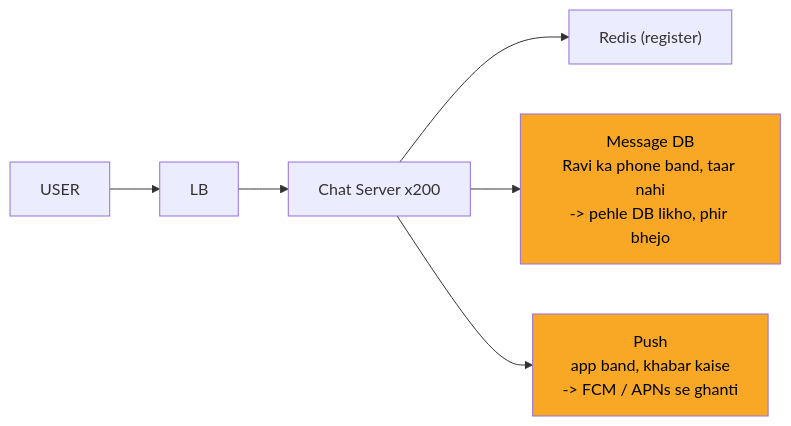
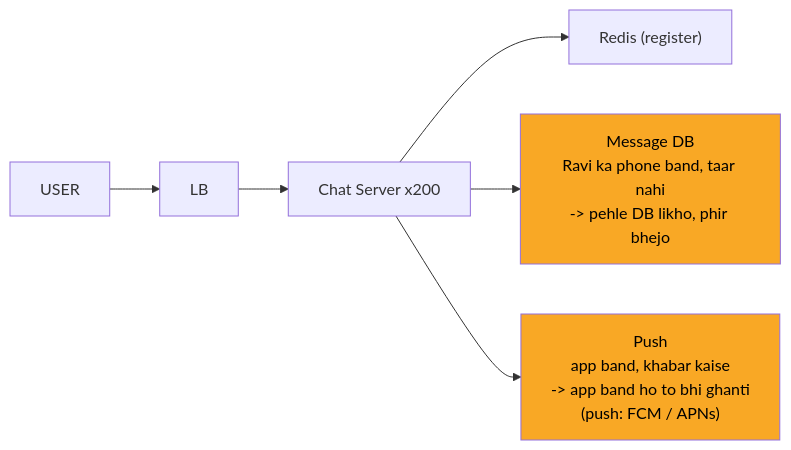
The fourth of 12 diagrams in 04_HLD/SYSTEM_DESIGNS/14_chat_messaging/14_chat_messaging.md (ArpanMaheshwari144/Prep), drawn with Mermaid before and after one commit. The commit also changed other lines of this file and 13 other files, not shown here.

````diff
--- a/04_HLD/SYSTEM_DESIGNS/14_chat_messaging/14_chat_messaging.md
+++ b/04_HLD/SYSTEM_DESIGNS/14_chat_messaging/14_chat_messaging.md
@@ -176,16 +176,16 @@
 ```mermaid
 flowchart LR
     n_U["USER"]
     n_LB["LB"]
     n_CS["Chat Server x200"]
     n_R["Redis (register)"]
     n_DB["Message DB<br/>Ravi ka phone band, taar nahi<br/>-> pehle DB likho, phir bhejo"]
-    n_P["Push<br/>app band, khabar kaise<br/>-> FCM / APNs se ghanti"]
+    n_P["Push<br/>app band, khabar kaise<br/>-> app band ho to bhi ghanti<br/>(push: FCM / APNs)"]
     n_U --> n_LB
     n_LB --> n_CS
     n_CS --> n_R
     n_CS --> n_DB
     n_CS --> n_P
     style n_DB fill:#f9a825,color:#000
     style n_P fill:#f9a825,color:#000
 ```
````
